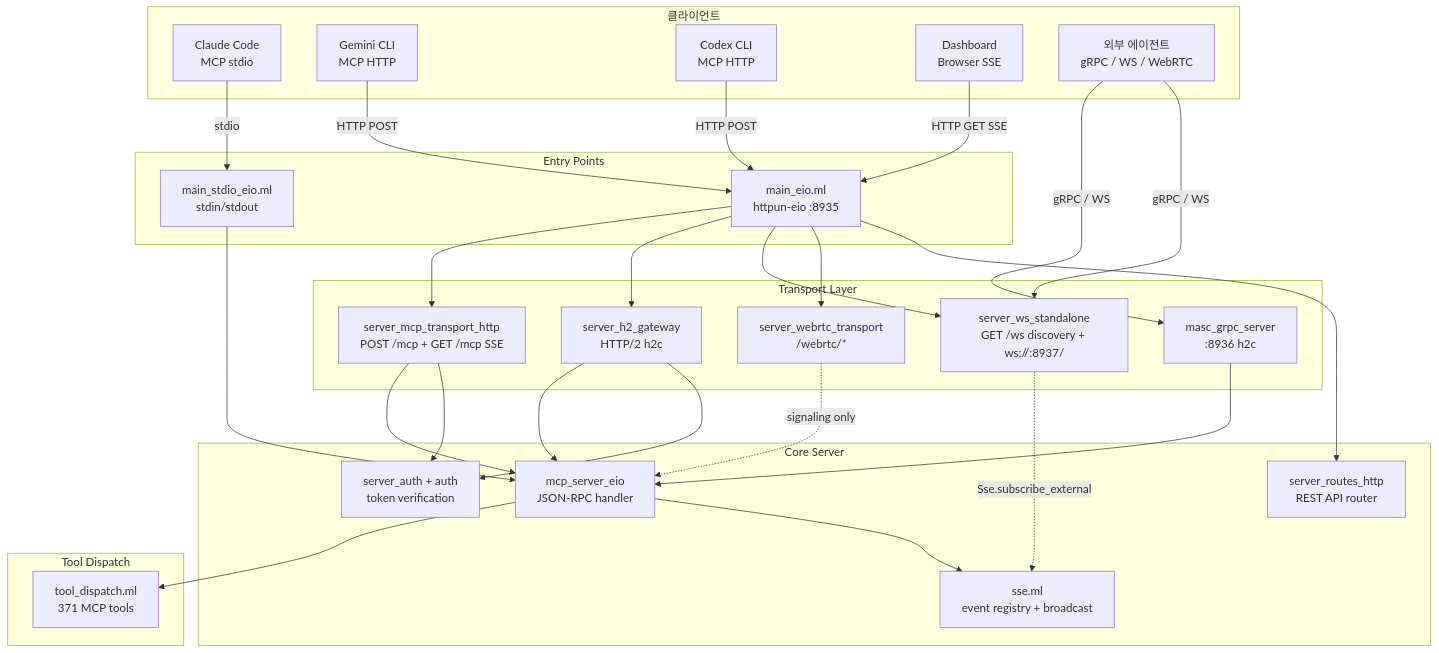
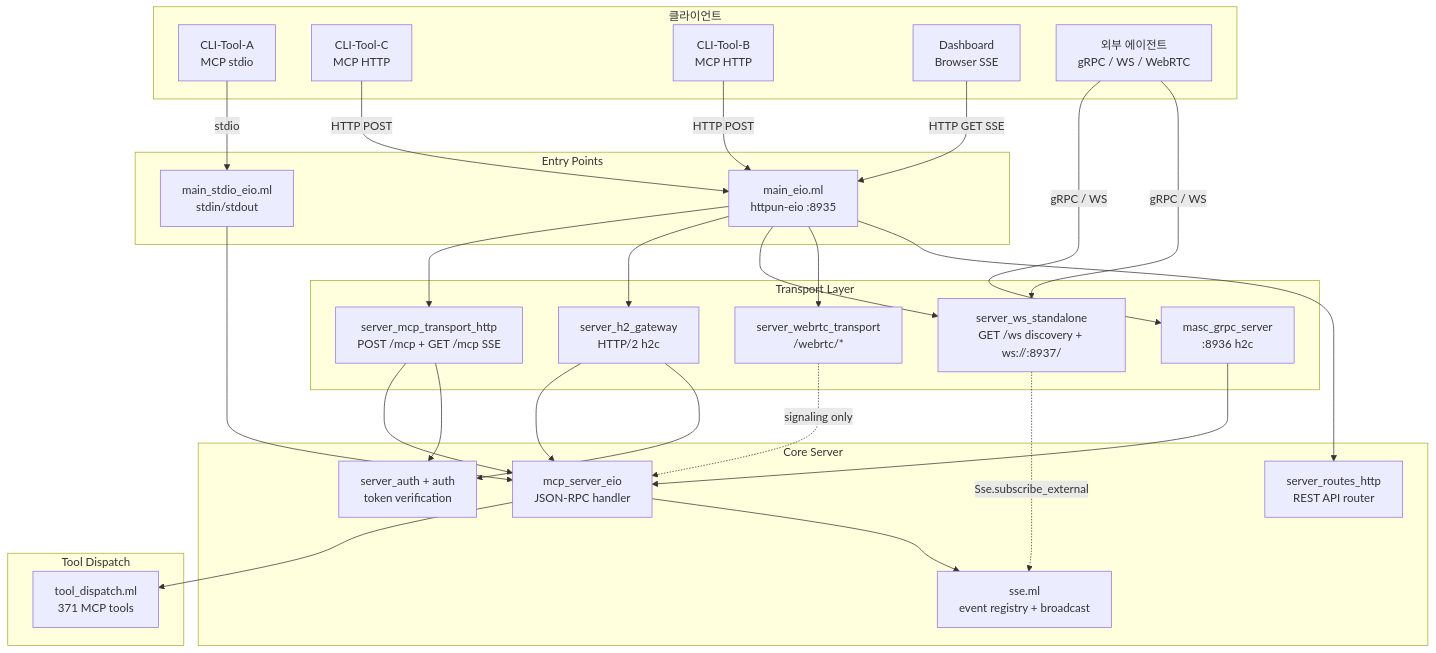
The first of 3 diagrams in docs/spec/09-server-transport.md (jeong-sik/masc), drawn with Mermaid before and after one commit. The commit also changed other lines of this file and 270 other files, not shown here.

````diff
--- a/docs/spec/09-server-transport.md
+++ b/docs/spec/09-server-transport.md
@@ -42,53 +42,53 @@
 ```mermaid
 graph TB
     subgraph Clients["클라이언트"]
-        CC[Claude Code<br/>MCP stdio]
-        GC[Gemini CLI<br/>MCP HTTP]
-        CX[Codex CLI<br/>MCP HTTP]
+        CC[CLI-Tool-A<br/>MCP stdio]
+        GC[CLI-Tool-C<br/>MCP HTTP]
+        CX[CLI-Tool-B<br/>MCP HTTP]
         DB[Dashboard<br/>Browser SSE]
         EXT[외부 에이전트<br/>gRPC / WS / WebRTC]
     end
 
     subgraph EntryPoints["Entry Points"]
         STDIO[main_stdio_eio.ml<br/>stdin/stdout]
         HTTP[main_eio.ml<br/>httpun-eio :8935]
     end
 
     subgraph TransportLayer["Transport Layer"]
         MCP_HTTP[server_mcp_transport_http<br/>POST /mcp + GET /mcp SSE]
         H2_GW[server_h2_gateway<br/>HTTP/2 h2c]
         WS_T[server_ws_standalone<br/>GET /ws discovery + ws://:8937/]
         GRPC_S[masc_grpc_server<br/>:8936 h2c]
         WEBRTC[server_webrtc_transport<br/>/webrtc/*]
     end
 
     subgraph CoreServer["Core Server"]
         MCP_EIO[mcp_server_eio<br/>JSON-RPC handler]
         SSE_MOD[sse.ml<br/>event registry + broadcast]
         AUTH[server_auth + auth<br/>token verification]
         ROUTES[server_routes_http<br/>REST API router]
     end
 
     subgraph Dispatch["Tool Dispatch"]
         TD[tool_dispatch.ml<br/>371 MCP tools]
     end
 
     CC -->|stdio| STDIO
     GC -->|HTTP POST| HTTP
     CX -->|HTTP POST| HTTP
     DB -->|HTTP GET SSE| HTTP
     EXT -->|gRPC / WS| GRPC_S & WS_T
 
     STDIO --> MCP_EIO
     HTTP --> MCP_HTTP & H2_GW & WS_T & WEBRTC & ROUTES
     MCP_HTTP --> MCP_EIO
     H2_GW --> MCP_EIO
     WS_T -.->|Sse.subscribe_external| SSE_MOD
     GRPC_S --> MCP_EIO
     WEBRTC -.->|signaling only| MCP_EIO
 
     MCP_EIO --> TD
     MCP_EIO --> SSE_MOD
     MCP_HTTP --> AUTH
     H2_GW --> AUTH
 ```
````
